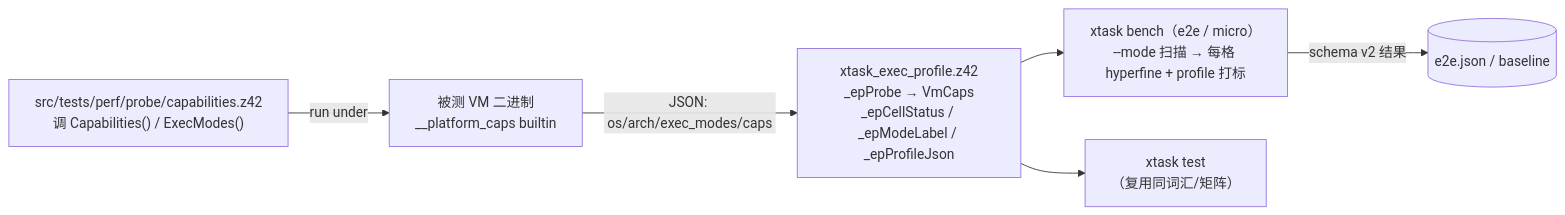
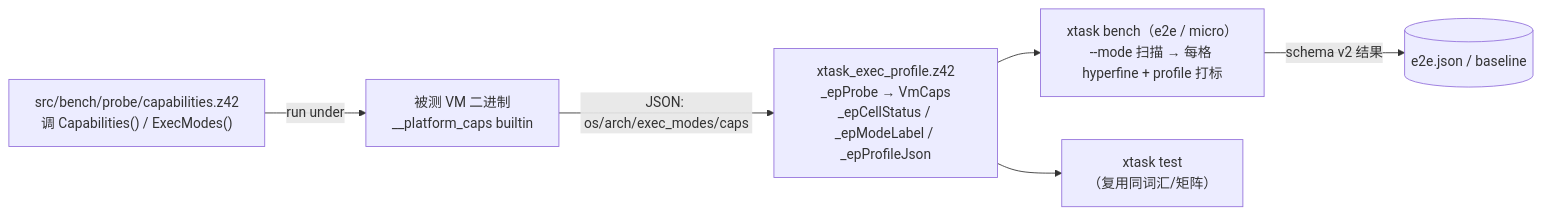
One commit to z42-lang/z42 changed the diagram in docs/internals/src/testing/exec-profile-matrix.md. Above: the diagram before and after it, drawn with Mermaid. The commit also changed other lines of this file and 57 other files, not shown here.

First line of the commit message:
refactor(bench): 整程序性能场景从 src/tests/perf 搬到 src/bench

````diff
--- a/docs/internals/src/testing/exec-profile-matrix.md
+++ b/docs/internals/src/testing/exec-profile-matrix.md
@@ -91,13 +91,13 @@
 ```mermaid
 flowchart LR
-  probe["src/tests/perf/probe/capabilities.z42<br/>调 Capabilities() / ExecModes()"]
+  probe["src/bench/probe/capabilities.z42<br/>调 Capabilities() / ExecModes()"]
   vm["被测 VM 二进制<br/>__platform_caps builtin"]
   mod["xtask_exec_profile.z42<br/>_epProbe → VmCaps<br/>_epCellStatus / _epModeLabel / _epProfileJson"]
   bench["xtask bench（e2e / micro）<br/>--mode 扫描 → 每格 hyperfine + profile 打标"]
   test["xtask test<br/>（复用同词汇/矩阵）"]
   probe -->|run under| vm
   vm -->|JSON: os/arch/exec_modes/caps| mod
   mod --> bench
   mod --> test
   bench -->|schema v2 结果| out[("e2e.json / baseline")]
 ```
````
